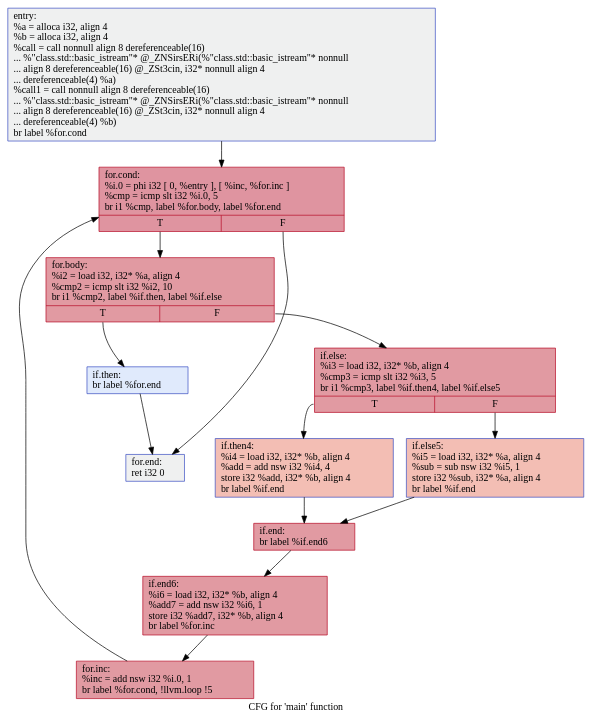
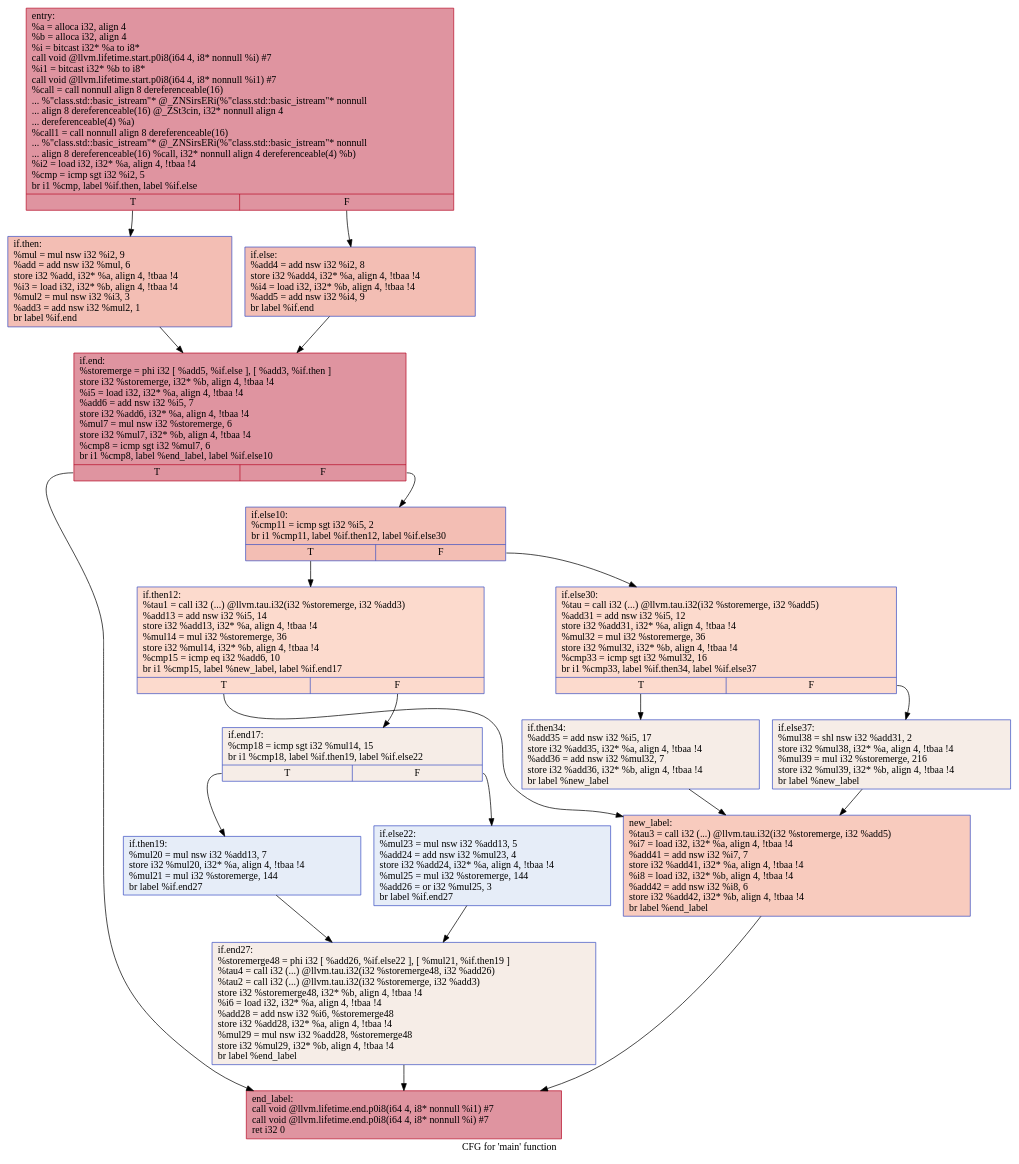
The diagram in IR/cfg/.main.dot (HPSSA-LLVM/HPSSA-LLVM), drawn with Graphviz before and after one commit. The commit also changed 25 other files, not shown here.

```diff
--- a/IR/cfg/.main.dot
+++ b/IR/cfg/.main.dot
@@ -1,28 +1,39 @@
 digraph "CFG for 'main' function" {
 	label="CFG for 'main' function";
 
-	Node0x55a1da05ca90 [shape=record,color="#3d50c3ff", style=filled, fillcolor="#dbdcde70",label="{entry:\l  %a = alloca i32, align 4\l  %b = alloca i32, align 4\l  %call = call nonnull align 8 dereferenceable(16)\l... %\"class.std::basic_istream\"* @_ZNSirsERi(%\"class.std::basic_istream\"* nonnull\l... align 8 dereferenceable(16) @_ZSt3cin, i32* nonnull align 4\l... dereferenceable(4) %a)\l  %call1 = call nonnull align 8 dereferenceable(16)\l... %\"class.std::basic_istream\"* @_ZNSirsERi(%\"class.std::basic_istream\"* nonnull\l... align 8 dereferenceable(16) @_ZSt3cin, i32* nonnull align 4\l... dereferenceable(4) %b)\l  br label %for.cond\l}"];
-	Node0x55a1da05ca90 -> Node0x55a1da05d050;
-	Node0x55a1da05d050 [shape=record,color="#b70d28ff", style=filled, fillcolor="#b70d2870",label="{for.cond:                                         \l  %i.0 = phi i32 [ 0, %entry ], [ %inc, %for.inc ]\l  %cmp = icmp slt i32 %i.0, 5\l  br i1 %cmp, label %for.body, label %for.end\l|{<s0>T|<s1>F}}"];
-	Node0x55a1da05d050:s0 -> Node0x55a1da05d450;
-	Node0x55a1da05d050:s1 -> Node0x55a1da05d530;
-	Node0x55a1da05d450 [shape=record,color="#b70d28ff", style=filled, fillcolor="#bb1b2c70",label="{for.body:                                         \l  %i2 = load i32, i32* %a, align 4\l  %cmp2 = icmp slt i32 %i2, 10\l  br i1 %cmp2, label %if.then, label %if.else\l|{<s0>T|<s1>F}}"];
-	Node0x55a1da05d450:s0 -> Node0x55a1da05d9c0;
-	Node0x55a1da05d450:s1 -> Node0x55a1da05da30;
-	Node0x55a1da05d9c0 [shape=record,color="#3d50c3ff", style=filled, fillcolor="#b9d0f970",label="{if.then:                                          \l  br label %for.end\l}"];
-	Node0x55a1da05d9c0 -> Node0x55a1da05d530;
-	Node0x55a1da05da30 [shape=record,color="#b70d28ff", style=filled, fillcolor="#bb1b2c70",label="{if.else:                                          \l  %i3 = load i32, i32* %b, align 4\l  %cmp3 = icmp slt i32 %i3, 5\l  br i1 %cmp3, label %if.then4, label %if.else5\l|{<s0>T|<s1>F}}"];
-	Node0x55a1da05da30:s0 -> Node0x55a1da05dd60;
-	Node0x55a1da05da30:s1 -> Node0x55a1da05dde0;
-	Node0x55a1da05dd60 [shape=record,color="#3d50c3ff", style=filled, fillcolor="#e36c5570",label="{if.then4:                                         \l  %i4 = load i32, i32* %b, align 4\l  %add = add nsw i32 %i4, 4\l  store i32 %add, i32* %b, align 4\l  br label %if.end\l}"];
-	Node0x55a1da05dd60 -> Node0x55a1da05e110;
-	Node0x55a1da05dde0 [shape=record,color="#3d50c3ff", style=filled, fillcolor="#e36c5570",label="{if.else5:                                         \l  %i5 = load i32, i32* %a, align 4\l  %sub = sub nsw i32 %i5, 1\l  store i32 %sub, i32* %a, align 4\l  br label %if.end\l}"];
-	Node0x55a1da05dde0 -> Node0x55a1da05e110;
-	Node0x55a1da05e110 [shape=record,color="#b70d28ff", style=filled, fillcolor="#bb1b2c70",label="{if.end:                                           \l  br label %if.end6\l}"];
-	Node0x55a1da05e110 -> Node0x55a1da05e430;
-	Node0x55a1da05e430 [shape=record,color="#b70d28ff", style=filled, fillcolor="#bb1b2c70",label="{if.end6:                                          \l  %i6 = load i32, i32* %b, align 4\l  %add7 = add nsw i32 %i6, 1\l  store i32 %add7, i32* %b, align 4\l  br label %for.inc\l}"];
-	Node0x55a1da05e430 -> Node0x55a1da05d1d0;
-	Node0x55a1da05d1d0 [shape=record,color="#b70d28ff", style=filled, fillcolor="#bb1b2c70",label="{for.inc:                                          \l  %inc = add nsw i32 %i.0, 1\l  br label %for.cond, !llvm.loop !5\l}"];
-	Node0x55a1da05d1d0 -> Node0x55a1da05d050;
-	Node0x55a1da05d530 [shape=record,color="#3d50c3ff", style=filled, fillcolor="#dbdcde70",label="{for.end:                                          \l  ret i32 0\l}"];
+	Node0x55e304660500 [shape=record,color="#b70d28ff", style=filled, fillcolor="#b70d2870",label="{entry:\l  %a = alloca i32, align 4\l  %b = alloca i32, align 4\l  %i = bitcast i32* %a to i8*\l  call void @llvm.lifetime.start.p0i8(i64 4, i8* nonnull %i) #7\l  %i1 = bitcast i32* %b to i8*\l  call void @llvm.lifetime.start.p0i8(i64 4, i8* nonnull %i1) #7\l  %call = call nonnull align 8 dereferenceable(16)\l... %\"class.std::basic_istream\"* @_ZNSirsERi(%\"class.std::basic_istream\"* nonnull\l... align 8 dereferenceable(16) @_ZSt3cin, i32* nonnull align 4\l... dereferenceable(4) %a)\l  %call1 = call nonnull align 8 dereferenceable(16)\l... %\"class.std::basic_istream\"* @_ZNSirsERi(%\"class.std::basic_istream\"* nonnull\l... align 8 dereferenceable(16) %call, i32* nonnull align 4 dereferenceable(4) %b)\l  %i2 = load i32, i32* %a, align 4, !tbaa !4\l  %cmp = icmp sgt i32 %i2, 5\l  br i1 %cmp, label %if.then, label %if.else\l|{<s0>T|<s1>F}}"];
+	Node0x55e304660500:s0 -> Node0x55e304661f40;
+	Node0x55e304660500:s1 -> Node0x55e304662010;
+	Node0x55e304661f40 [shape=record,color="#3d50c3ff", style=filled, fillcolor="#e36c5570",label="{if.then:                                          \l  %mul = mul nsw i32 %i2, 9\l  %add = add nsw i32 %mul, 6\l  store i32 %add, i32* %a, align 4, !tbaa !4\l  %i3 = load i32, i32* %b, align 4, !tbaa !4\l  %mul2 = mul nsw i32 %i3, 3\l  %add3 = add nsw i32 %mul2, 1\l  br label %if.end\l}"];
+	Node0x55e304661f40 -> Node0x55e304662db0;
+	Node0x55e304662010 [shape=record,color="#3d50c3ff", style=filled, fillcolor="#e36c5570",label="{if.else:                                          \l  %add4 = add nsw i32 %i2, 8\l  store i32 %add4, i32* %a, align 4, !tbaa !4\l  %i4 = load i32, i32* %b, align 4, !tbaa !4\l  %add5 = add nsw i32 %i4, 9\l  br label %if.end\l}"];
+	Node0x55e304662010 -> Node0x55e304662db0;
+	Node0x55e304662db0 [shape=record,color="#b70d28ff", style=filled, fillcolor="#b70d2870",label="{if.end:                                           \l  %storemerge = phi i32 [ %add5, %if.else ], [ %add3, %if.then ]\l  store i32 %storemerge, i32* %b, align 4, !tbaa !4\l  %i5 = load i32, i32* %a, align 4, !tbaa !4\l  %add6 = add nsw i32 %i5, 7\l  store i32 %add6, i32* %a, align 4, !tbaa !4\l  %mul7 = mul nsw i32 %storemerge, 6\l  store i32 %mul7, i32* %b, align 4, !tbaa !4\l  %cmp8 = icmp sgt i32 %mul7, 6\l  br i1 %cmp8, label %end_label, label %if.else10\l|{<s0>T|<s1>F}}"];
+	Node0x55e304662db0:s0 -> Node0x55e3046639d0;
+	Node0x55e304662db0:s1 -> Node0x55e304663a50;
+	Node0x55e304663a50 [shape=record,color="#3d50c3ff", style=filled, fillcolor="#e36c5570",label="{if.else10:                                        \l  %cmp11 = icmp sgt i32 %i5, 2\l  br i1 %cmp11, label %if.then12, label %if.else30\l|{<s0>T|<s1>F}}"];
+	Node0x55e304663a50:s0 -> Node0x55e304663cc0;
+	Node0x55e304663a50:s1 -> Node0x55e304663d40;
+	Node0x55e304663cc0 [shape=record,color="#3d50c3ff", style=filled, fillcolor="#f7ac8e70",label="{if.then12:                                        \l  %tau1 = call i32 (...) @llvm.tau.i32(i32 %storemerge, i32 %add3)\l  %add13 = add nsw i32 %i5, 14\l  store i32 %add13, i32* %a, align 4, !tbaa !4\l  %mul14 = mul i32 %storemerge, 36\l  store i32 %mul14, i32* %b, align 4, !tbaa !4\l  %cmp15 = icmp eq i32 %add6, 10\l  br i1 %cmp15, label %new_label, label %if.end17\l|{<s0>T|<s1>F}}"];
+	Node0x55e304663cc0:s0 -> Node0x55e304664510;
+	Node0x55e304663cc0:s1 -> Node0x55e3046645f0;
+	Node0x55e3046645f0 [shape=record,color="#3d50c3ff", style=filled, fillcolor="#ead5c970",label="{if.end17:                                         \l  %cmp18 = icmp sgt i32 %mul14, 15\l  br i1 %cmp18, label %if.then19, label %if.else22\l|{<s0>T|<s1>F}}"];
+	Node0x55e3046645f0:s0 -> Node0x55e304665070;
+	Node0x55e3046645f0:s1 -> Node0x55e3046650f0;
+	Node0x55e304665070 [shape=record,color="#3d50c3ff", style=filled, fillcolor="#c7d7f070",label="{if.then19:                                        \l  %mul20 = mul nsw i32 %add13, 7\l  store i32 %mul20, i32* %a, align 4, !tbaa !4\l  %mul21 = mul i32 %storemerge, 144\l  br label %if.end27\l}"];
+	Node0x55e304665070 -> Node0x55e3046654a0;
+	Node0x55e3046650f0 [shape=record,color="#3d50c3ff", style=filled, fillcolor="#c7d7f070",label="{if.else22:                                        \l  %mul23 = mul nsw i32 %add13, 5\l  %add24 = add nsw i32 %mul23, 4\l  store i32 %add24, i32* %a, align 4, !tbaa !4\l  %mul25 = mul i32 %storemerge, 144\l  %add26 = or i32 %mul25, 3\l  br label %if.end27\l}"];
+	Node0x55e3046650f0 -> Node0x55e3046654a0;
+	Node0x55e3046654a0 [shape=record,color="#3d50c3ff", style=filled, fillcolor="#ead5c970",label="{if.end27:                                         \l  %storemerge48 = phi i32 [ %add26, %if.else22 ], [ %mul21, %if.then19 ]\l  %tau4 = call i32 (...) @llvm.tau.i32(i32 %storemerge48, i32 %add26)\l  %tau2 = call i32 (...) @llvm.tau.i32(i32 %storemerge, i32 %add3)\l  store i32 %storemerge48, i32* %b, align 4, !tbaa !4\l  %i6 = load i32, i32* %a, align 4, !tbaa !4\l  %add28 = add nsw i32 %i6, %storemerge48\l  store i32 %add28, i32* %a, align 4, !tbaa !4\l  %mul29 = mul nsw i32 %add28, %storemerge48\l  store i32 %mul29, i32* %b, align 4, !tbaa !4\l  br label %end_label\l}"];
+	Node0x55e3046654a0 -> Node0x55e3046639d0;
+	Node0x55e304663d40 [shape=record,color="#3d50c3ff", style=filled, fillcolor="#f7ac8e70",label="{if.else30:                                        \l  %tau = call i32 (...) @llvm.tau.i32(i32 %storemerge, i32 %add5)\l  %add31 = add nsw i32 %i5, 12\l  store i32 %add31, i32* %a, align 4, !tbaa !4\l  %mul32 = mul i32 %storemerge, 36\l  store i32 %mul32, i32* %b, align 4, !tbaa !4\l  %cmp33 = icmp sgt i32 %mul32, 16\l  br i1 %cmp33, label %if.then34, label %if.else37\l|{<s0>T|<s1>F}}"];
+	Node0x55e304663d40:s0 -> Node0x55e304666b50;
+	Node0x55e304663d40:s1 -> Node0x55e304666bd0;
+	Node0x55e304666b50 [shape=record,color="#3d50c3ff", style=filled, fillcolor="#ead5c970",label="{if.then34:                                        \l  %add35 = add nsw i32 %i5, 17\l  store i32 %add35, i32* %a, align 4, !tbaa !4\l  %add36 = add nsw i32 %mul32, 7\l  store i32 %add36, i32* %b, align 4, !tbaa !4\l  br label %new_label\l}"];
+	Node0x55e304666b50 -> Node0x55e304664510;
+	Node0x55e304666bd0 [shape=record,color="#3d50c3ff", style=filled, fillcolor="#ead5c970",label="{if.else37:                                        \l  %mul38 = shl nsw i32 %add31, 2\l  store i32 %mul38, i32* %a, align 4, !tbaa !4\l  %mul39 = mul i32 %storemerge, 216\l  store i32 %mul39, i32* %b, align 4, !tbaa !4\l  br label %new_label\l}"];
+	Node0x55e304666bd0 -> Node0x55e304664510;
+	Node0x55e304664510 [shape=record,color="#3d50c3ff", style=filled, fillcolor="#ef886b70",label="{new_label:                                        \l  %tau3 = call i32 (...) @llvm.tau.i32(i32 %storemerge, i32 %add5)\l  %i7 = load i32, i32* %a, align 4, !tbaa !4\l  %add41 = add nsw i32 %i7, 7\l  store i32 %add41, i32* %a, align 4, !tbaa !4\l  %i8 = load i32, i32* %b, align 4, !tbaa !4\l  %add42 = add nsw i32 %i8, 6\l  store i32 %add42, i32* %b, align 4, !tbaa !4\l  br label %end_label\l}"];
+	Node0x55e304664510 -> Node0x55e3046639d0;
+	Node0x55e3046639d0 [shape=record,color="#b70d28ff", style=filled, fillcolor="#b70d2870",label="{end_label:                                        \l  call void @llvm.lifetime.end.p0i8(i64 4, i8* nonnull %i1) #7\l  call void @llvm.lifetime.end.p0i8(i64 4, i8* nonnull %i) #7\l  ret i32 0\l}"];
 }
```
